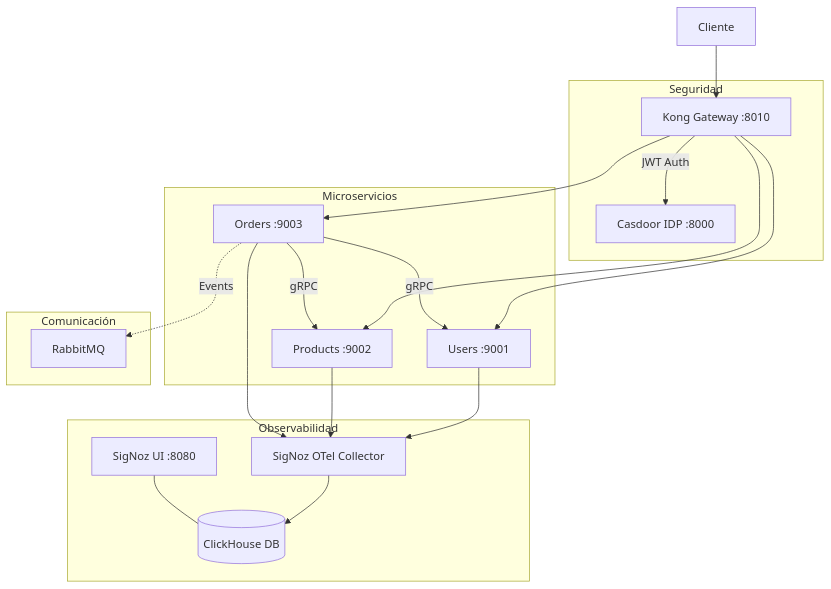
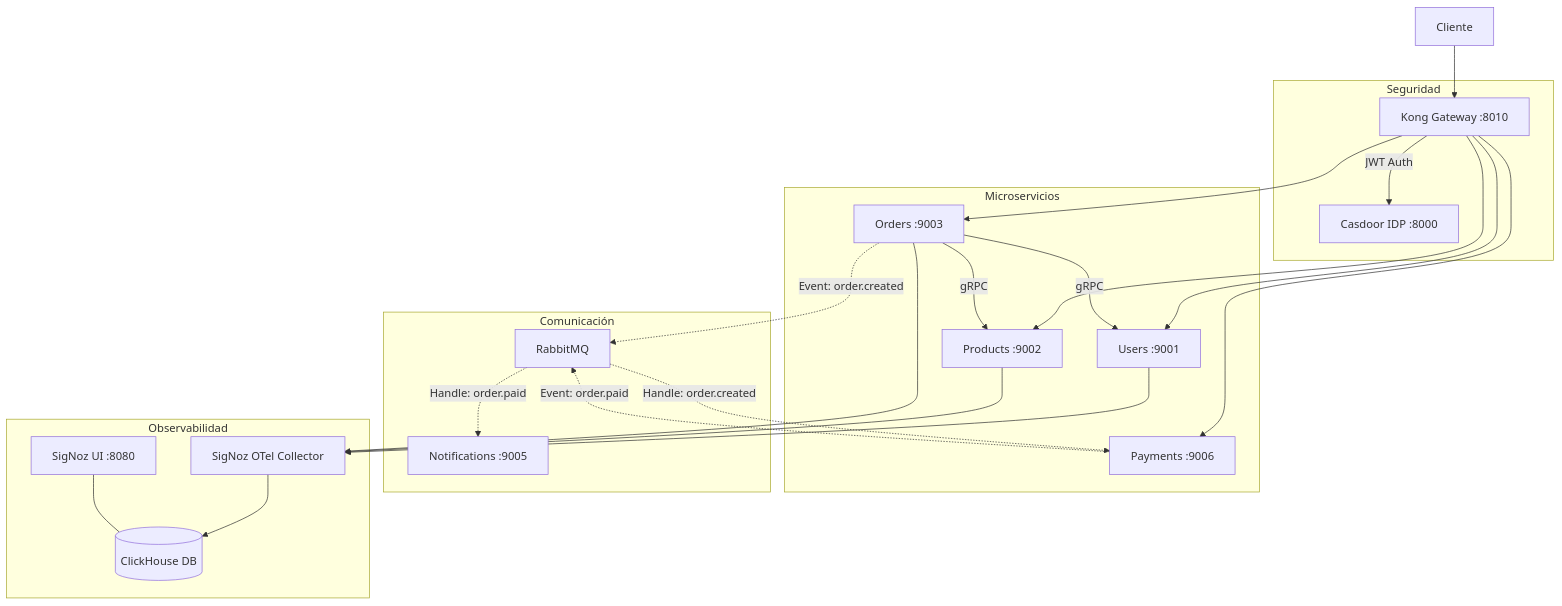
The diagram in ECOMMERCE_SERVICES.md (bleidertcs/ecommerce-microservices), drawn with Mermaid before and after one commit. The commit also changed other lines of this file and 134 other files, not shown here.

Commit message:
chore: Install project dependencies for the notifications and payments microservices.

````diff
--- a/ECOMMERCE_SERVICES.md
+++ b/ECOMMERCE_SERVICES.md
@@ -36,30 +36,34 @@
 ```mermaid
 graph TD
     Client[Cliente] --> Kong[Kong Gateway :8010]
 
     subgraph "Seguridad"
         Kong --> |JWT Auth| CD[Casdoor IDP :8000]
     end
 
     subgraph "Microservicios"
         Kong --> Users[Users :9001]
         Kong --> Products[Products :9002]
         Kong --> Orders[Orders :9003]
+        Kong --> Payments[Payments :9006]
     end
 
     subgraph "Comunicación"
         Orders --> |gRPC| Users
         Orders --> |gRPC| Products
-        Orders -.-> |Events| RMQ[RabbitMQ]
+        Orders -.-> |"Event: order.created"| RMQ[RabbitMQ]
+        RMQ -.-> |"Handle: order.created"| Payments
+        Payments -.-> |"Event: order.paid"| RMQ
+        RMQ -.-> |"Handle: order.paid"| Notifications[Notifications :9005]
     end
 
     subgraph "Observabilidad"
         OTEL[SigNoz OTel Collector]
         CH[(ClickHouse DB)]
         SN[SigNoz UI :8080]
 
         Users & Products & Orders --> OTEL
         OTEL --> CH
         SN --- CH
     end
 ```
````
